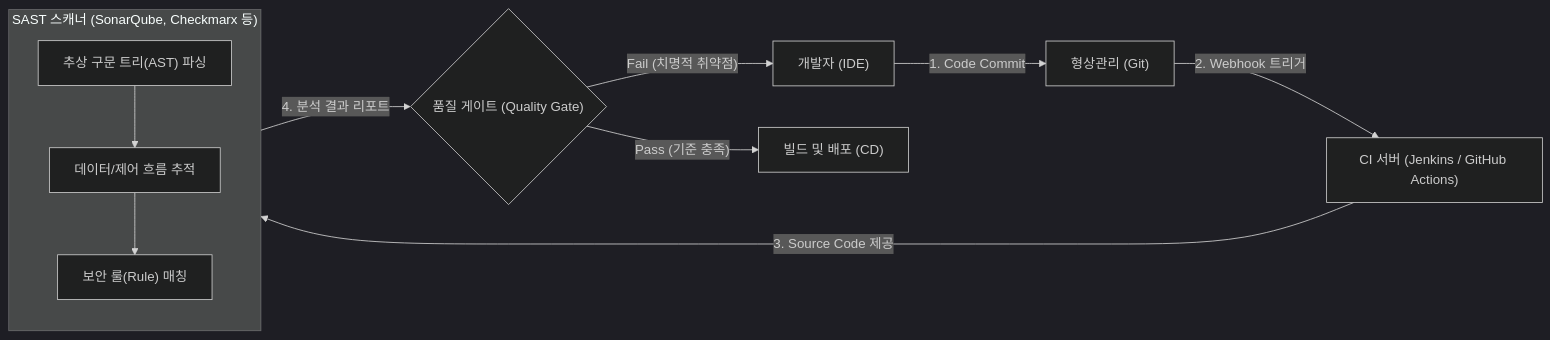
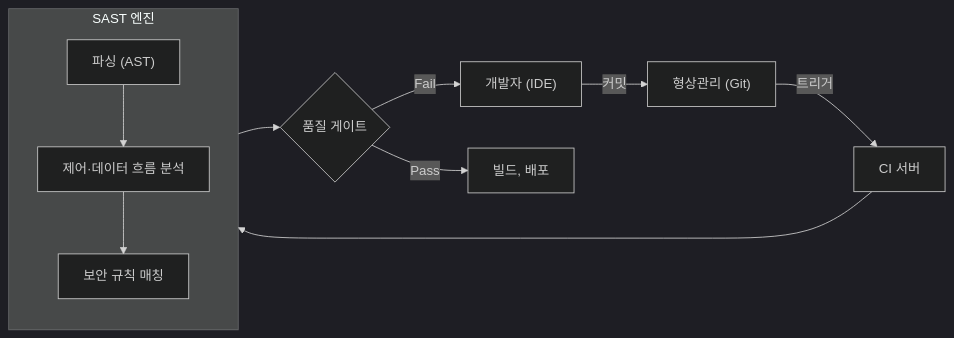
One commit to supremethumb/supremethumb.github.io changed the diagram in content/01_IT Tech/SAST.md. Above: the diagram before and after it, drawn with Mermaid (dark theme). The commit also changed other lines of this file and 1087 other files, not shown here.

````diff
--- a/content/01_IT Tech/SAST.md
+++ b/content/01_IT Tech/SAST.md
@@ -27,17 +36,14 @@
 ```mermaid
 flowchart LR
-    Dev["개발자 (IDE)"] -->|1. Code Commit| Git["형상관리 (Git)"]
-    Git -->|2. Webhook 트리거| CI["CI 서버 (Jenkins / GitHub Actions)"]
-    
-    subgraph SAST_Engine ["SAST 스캐너 (SonarQube, Checkmarx 등)"]
+    Dev["개발자 (IDE)"] -->|"커밋"| Git["형상관리 (Git)"]
+    Git -->|"트리거"| CI["CI 서버"]
+    subgraph SE ["SAST 엔진"]
         direction TB
-        AST["추상 구문 트리(AST) 파싱"] --> Flow["데이터/제어 흐름 추적"]
-        Flow --> Match["보안 룰(Rule) 매칭"]
+        A["파싱 (AST)"] --> F["제어·데이터 흐름 분석"]
+        F --> R["보안 규칙 매칭"]
     end
-    
-    CI -->|3. Source Code 제공| SAST_Engine
-    SAST_Engine -->|4. 분석 결과 리포트| Gateway{"품질 게이트 (Quality Gate)"}
-    Gateway -- "Fail (치명적 취약점)" --> Dev
-    Gateway -- "Pass (기준 충족)" --> Build["빌드 및 배포 (CD)"]
-
+    CI --> SE
+    SE --> G{"품질 게이트"}
+    G -- "Fail" --> Dev
+    G -- "Pass" --> B["빌드, 배포"]
 ```
````
